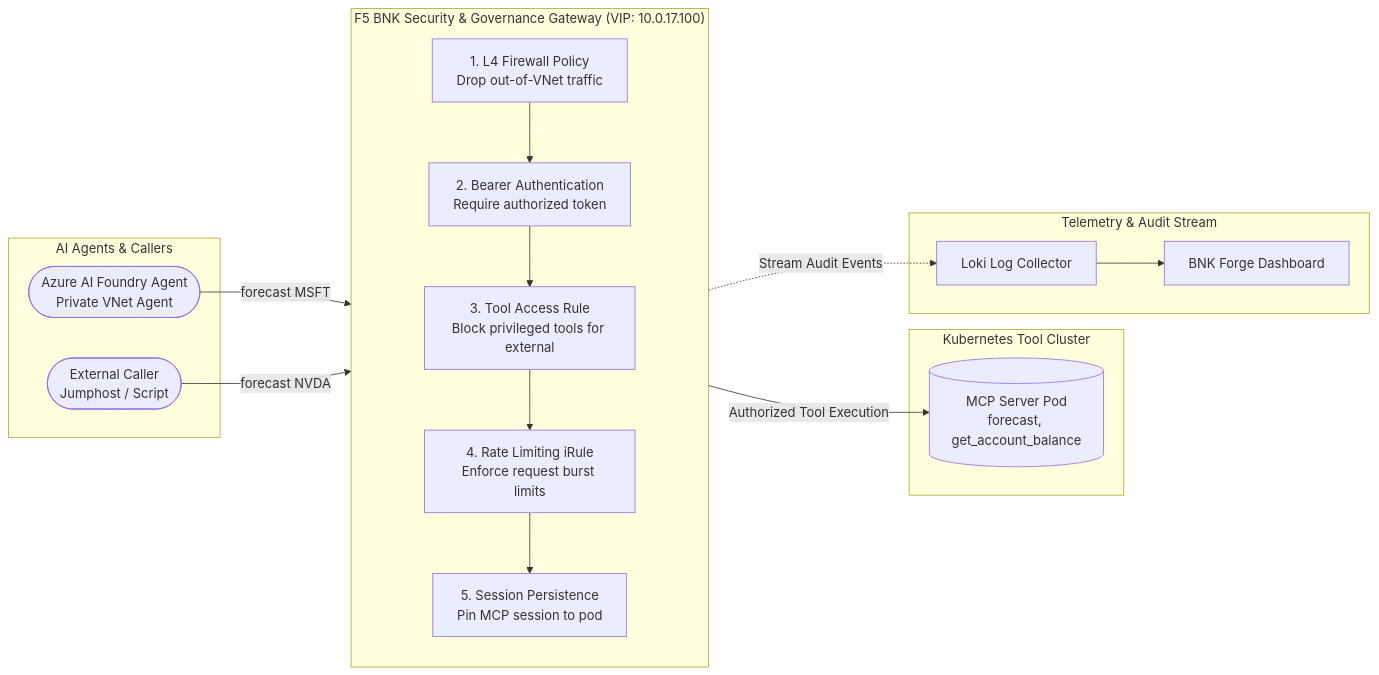
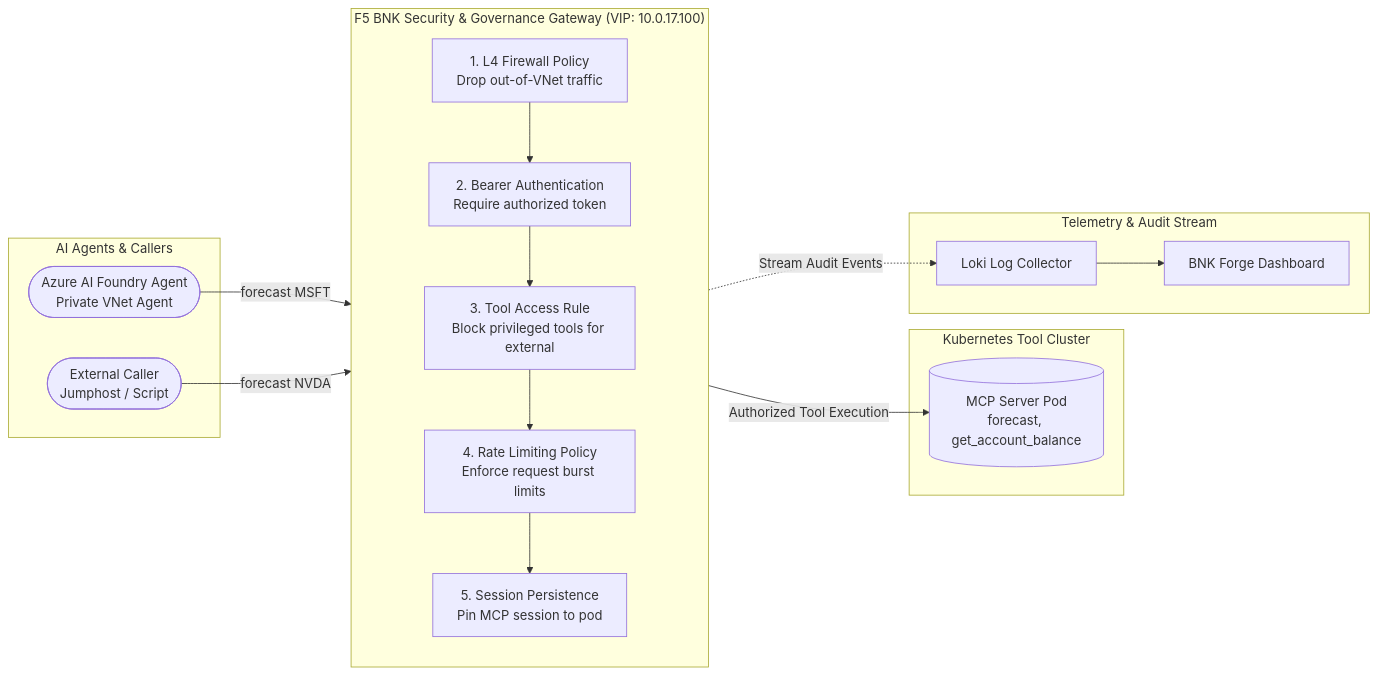
One commit to JLCode-tech/azrbnkctl changed the fourth of 4 diagrams in README.md. Above: the diagram before and after it, drawn with Mermaid. The commit also changed other lines of this file and 11 other files, not shown here.

````diff
--- a/README.md
+++ b/README.md
@@ -307,33 +307,33 @@
 ```mermaid
 flowchart LR
     subgraph Callers["AI Agents & Callers"]
         Foundry([Azure AI Foundry Agent<br/>Private VNet Agent])
         ExtCaller([External Caller<br/>Jumphost / Script])
     end
 
     subgraph Gateway["F5 BNK Security & Governance Gateway (VIP: 10.0.17.100)"]
         direction TB
         FW["1. L4 Firewall Policy<br/>Drop out-of-VNet traffic"]
         Auth["2. Bearer Authentication<br/>Require authorized token"]
         ToolGov["3. Tool Access Rule<br/>Block privileged tools for external"]
-        RateLimit["4. Rate Limiting iRule<br/>Enforce request burst limits"]
+        RateLimit["4. Rate Limiting Policy<br/>Enforce request burst limits"]
         SessionPin["5. Session Persistence<br/>Pin MCP session to pod"]
 
         FW --> Auth --> ToolGov --> RateLimit --> SessionPin
     end
 
     subgraph ToolBackend["Kubernetes Tool Cluster"]
         MCPPod[("MCP Server Pod<br/>forecast, get_account_balance")]
     end
 
     subgraph Observability["Telemetry & Audit Stream"]
         Loki["Loki Log Collector"]
         Forge["BNK Forge Dashboard"]
         Loki --> Forge
     end
 
     Foundry -->|forecast MSFT| FW
     ExtCaller -->|forecast NVDA| FW
     SessionPin -->|Authorized Tool Execution| MCPPod
     Gateway -.->|Stream Audit Events| Loki
 ```
````
